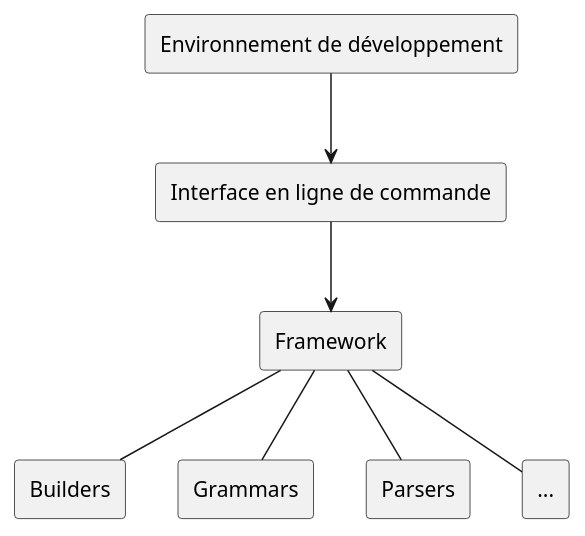
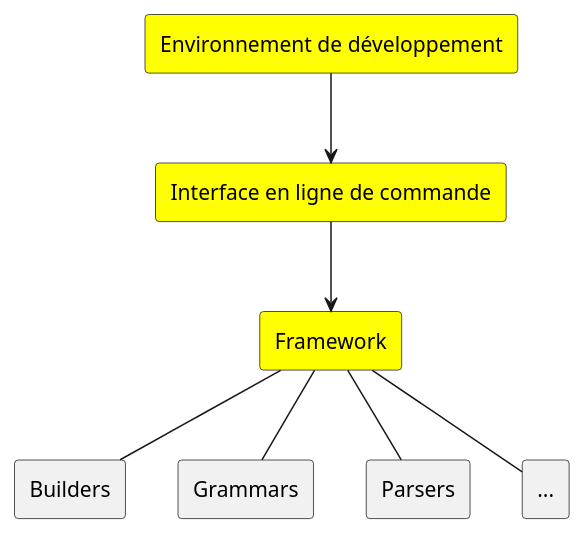
One commit to chlablak/platinum-parsing changed the diagram in res/diagrams/misc/architecture-pp.plantuml. Above: the diagram before and after it, drawn with PlantUML. The commit also changed 43 other files, not shown here.

```diff
--- a/res/diagrams/misc/architecture-pp.plantuml
+++ b/res/diagrams/misc/architecture-pp.plantuml
@@ -1,21 +1,18 @@
 @startuml
 
-skinparam monochrome true
-
-rectangle "Environnement de développement" as ide
-rectangle "Interface en ligne de commande" as cli
-rectangle "Framework" as fw
+rectangle "Environnement de développement" as ide #Yellow
+rectangle "Interface en ligne de commande" as cli #Yellow
+rectangle "Framework" as fw #Yellow
 rectangle "Builders" as b
 rectangle "Grammars" as g
 rectangle "Parsers" as p
 rectangle "..." as o
-
 
 ide --> cli
 cli --> fw
 fw -- b
 fw -- g
 fw -- p
 fw -- o
 
 @enduml
```
